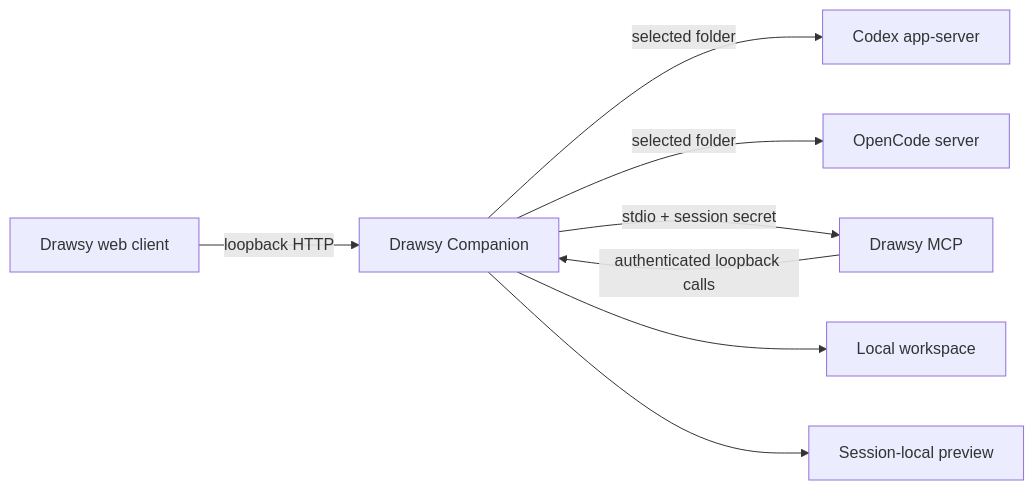
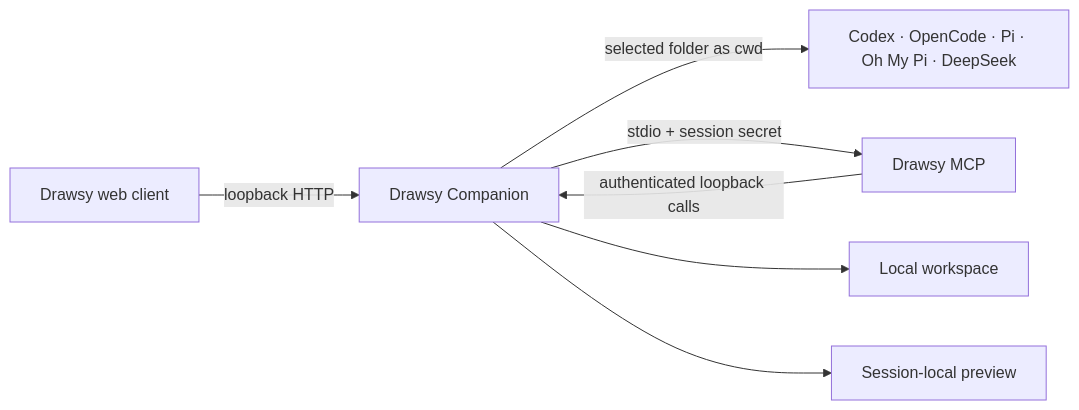
One commit to DrawsyAI/drawsy-ai-companion changed the diagram in README.md. Above: the diagram before and after it, drawn with Mermaid. The commit also changed other lines of this file, not shown here.

Commit message:
docs: update companion documentation with supported agent engines

````diff
--- a/README.md
+++ b/README.md
@@ -58,10 +56,9 @@
 ```mermaid
 flowchart LR
   Web["Drawsy web client"] -->|"loopback HTTP"| Companion["Drawsy Companion"]
-  Companion -->|"selected folder"| Codex["Codex app-server"]
-  Companion -->|"selected folder"| OpenCode["OpenCode server"]
+  Companion -->|"selected folder as cwd"| Harnesses["Codex · OpenCode · Pi · Oh My Pi · DeepSeek"]
   Companion -->|"stdio + session secret"| MCP["Drawsy MCP"]
   MCP -->|"authenticated loopback calls"| Companion
   Companion --> Folder["Local workspace"]
   Companion --> Preview["Session-local preview"]
 ```
````
